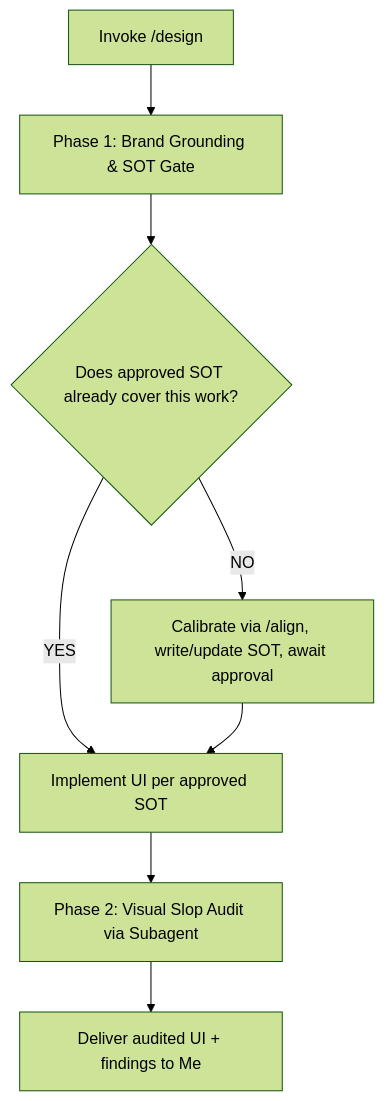
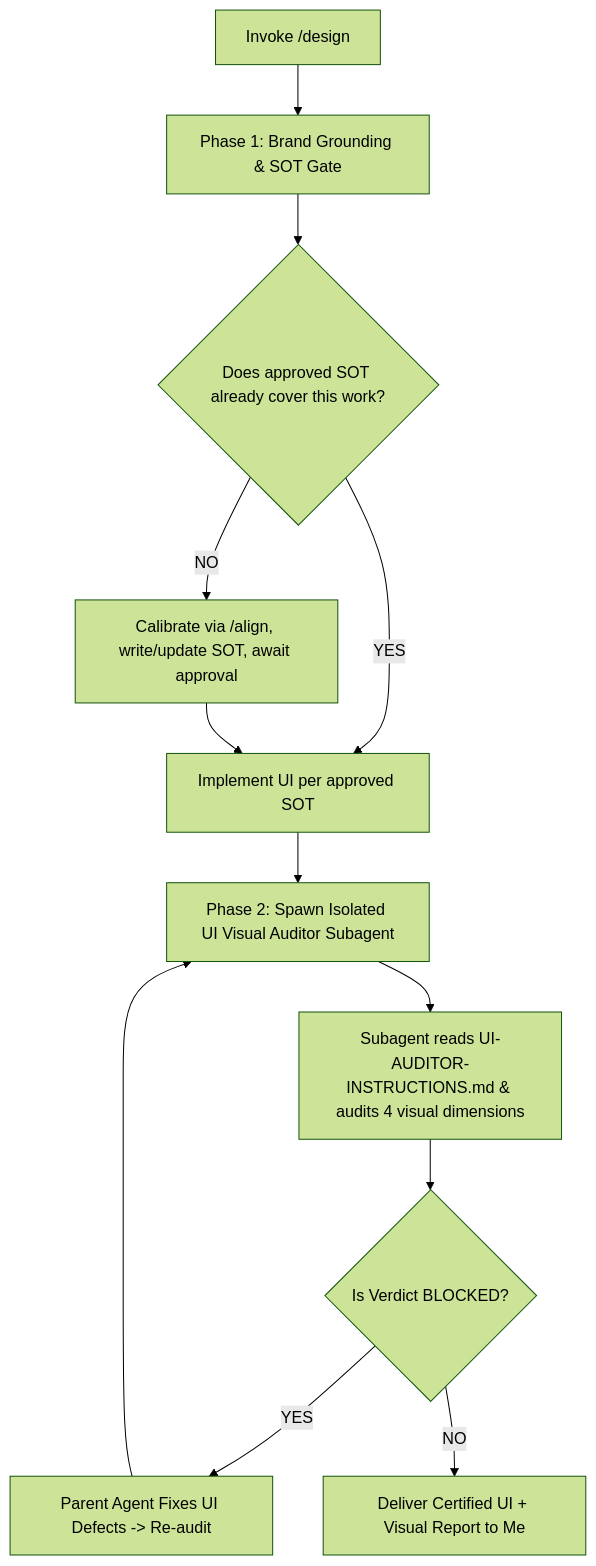
Before and after one commit to dimsedra/skills: the diagram in design/SKILL.md, drawn with Mermaid (forest theme). The commit also changed other lines of this file and 6 other files, not shown here.

Commit message:
feat(design): enforce isolated UI Visual Auditor subagent and 4-dimension visual QA protocol

````diff
--- a/design/SKILL.md
+++ b/design/SKILL.md
@@ -16,10 +16,14 @@
 ```mermaid
 flowchart TD
     A["Invoke /design"] --> B["Phase 1: Brand Grounding & SOT Gate"]
     B --> C{"Does approved SOT already cover this work?"}
     C -- YES --> D["Implement UI per approved SOT"]
     C -- NO --> B1["Calibrate via /align, write/update SOT, await approval"]
     B1 --> D
-    D --> E["Phase 2: Visual Slop Audit via Subagent"]
-    E --> F["Deliver audited UI + findings to Me"]
+    D --> E["Phase 2: Spawn Isolated UI Visual Auditor Subagent"]
+    E --> F["Subagent reads UI-AUDITOR-INSTRUCTIONS.md & audits 4 visual dimensions"]
+    F --> G{"Is Verdict BLOCKED?"}
+    G -- YES --> H["Parent Agent Fixes UI Defects -> Re-audit"]
+    H --> E
+    G -- NO --> I["Deliver Certified UI + Visual Report to Me"]
 ```
````
